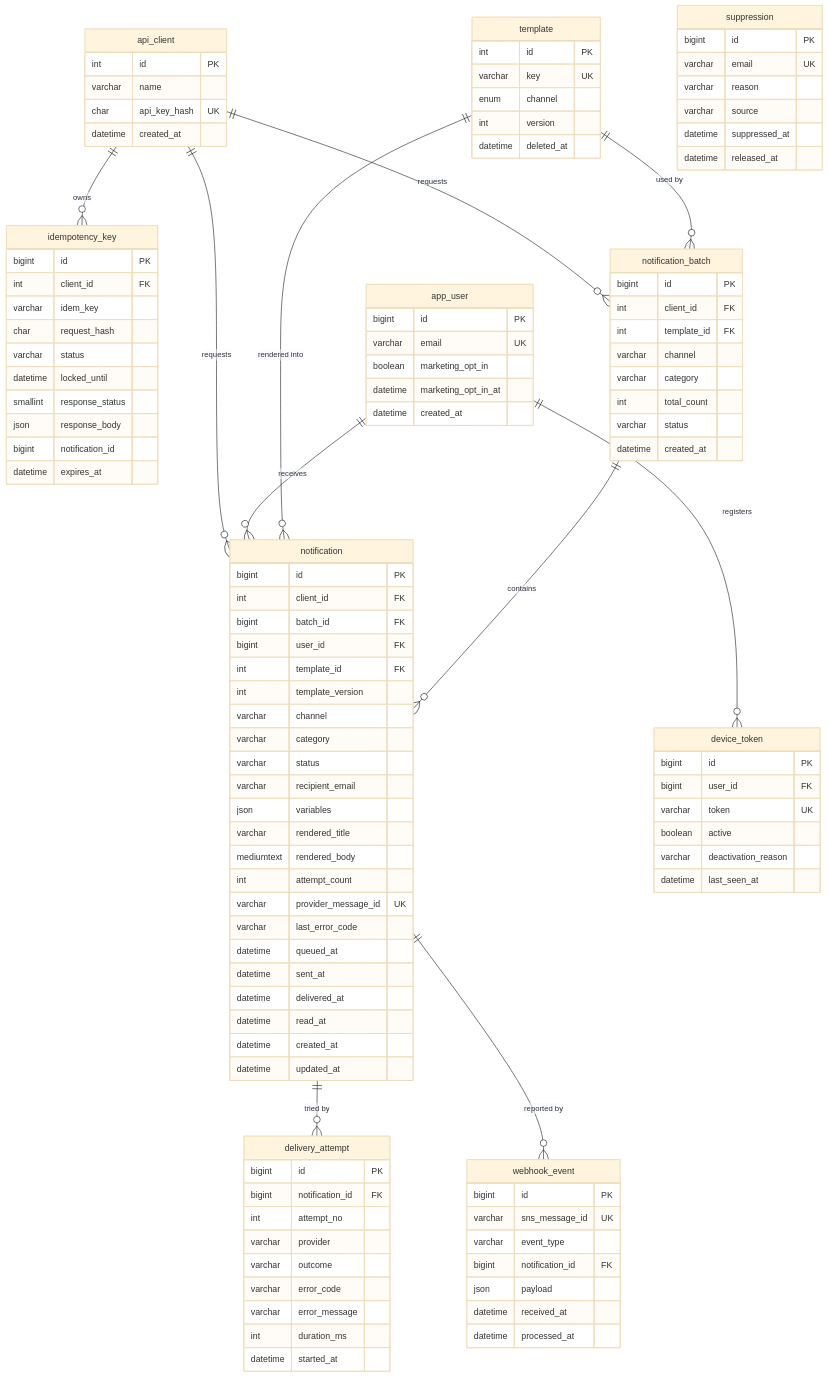
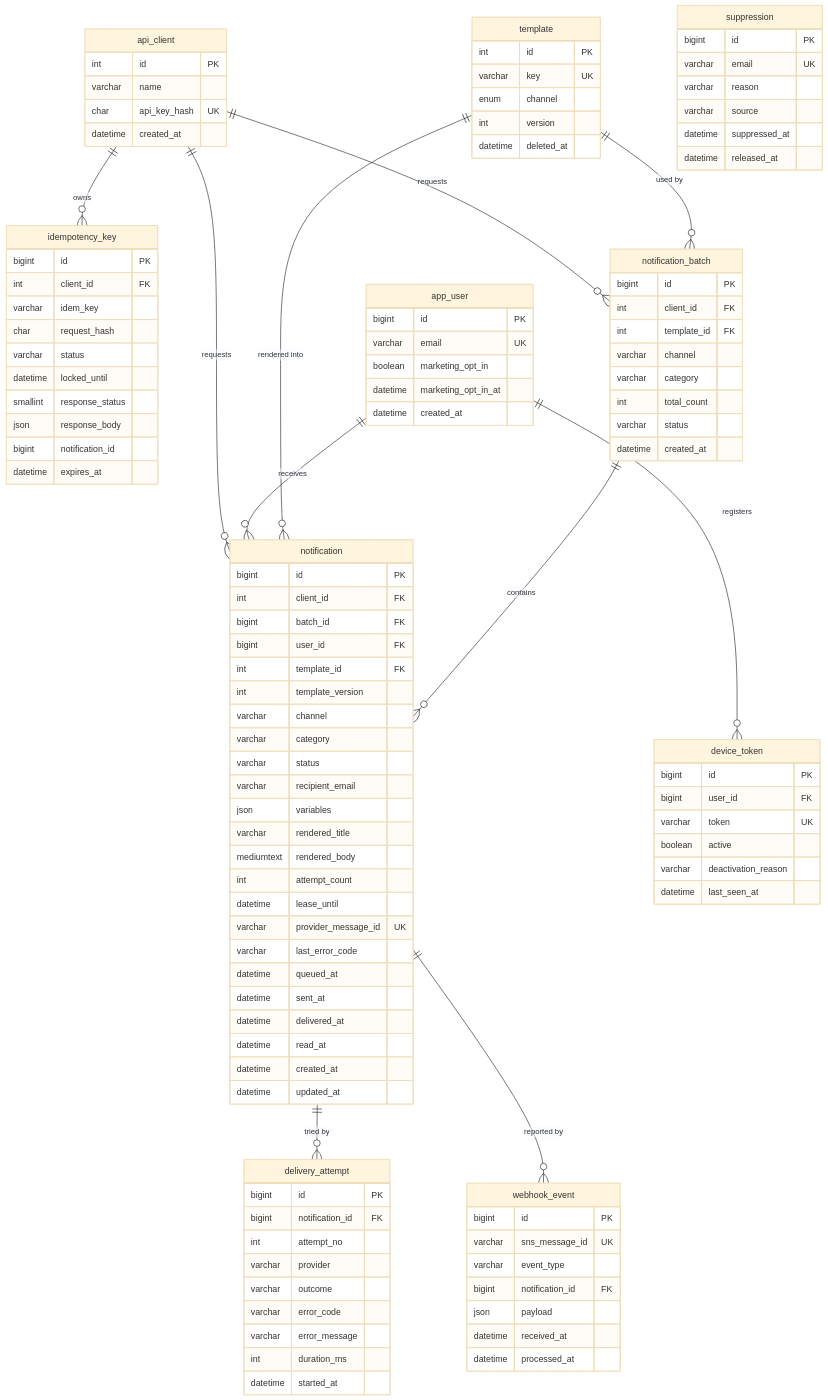
Before and after one commit to lee-mark01/notification-platform: the diagram in docs/design/erd.md, drawn with Mermaid (base theme). The commit also changed other lines of this file, not shown here.

First line of the commit message:
docs: add a SENDING lease and webhook reprocessing to the ERD

```diff
--- a/docs/design/erd.md
+++ b/docs/design/erd.md
@@ -60,6 +60,7 @@
         varchar rendered_title
         mediumtext rendered_body
         int attempt_count
+        datetime lease_until
         varchar provider_message_id UK
         varchar last_error_code
         datetime queued_at
```
